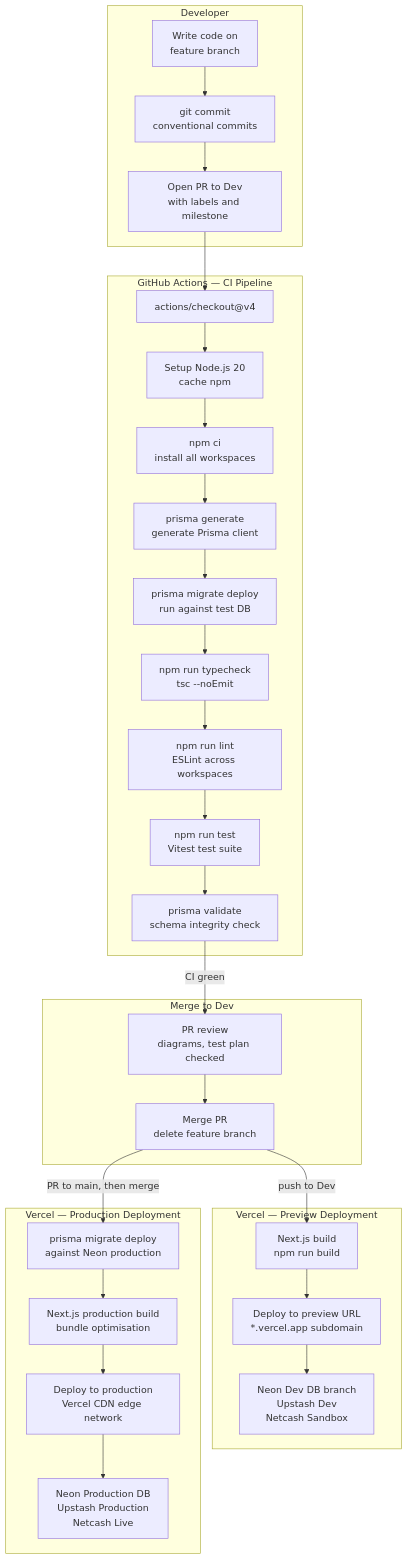
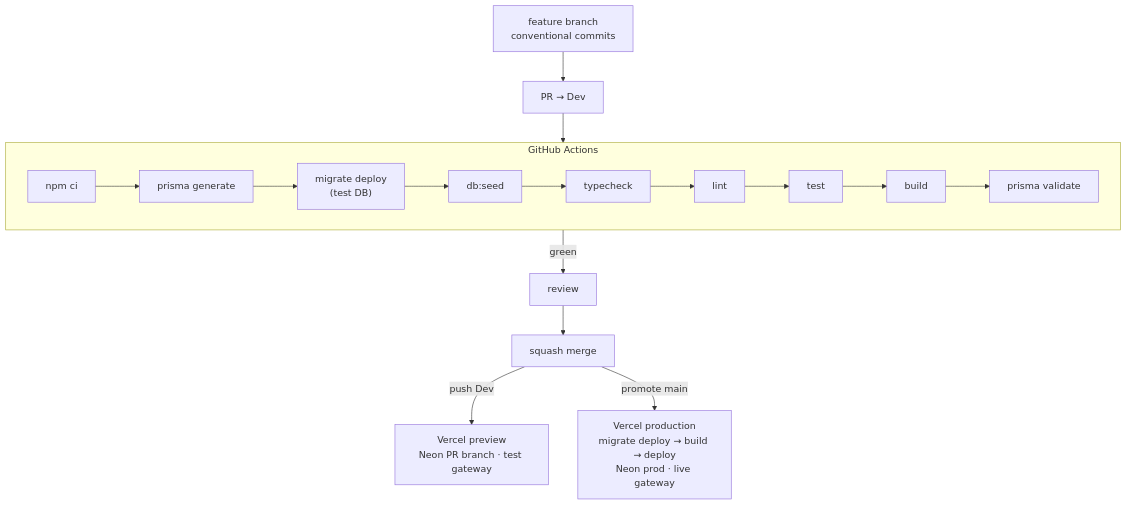
Before and after one commit to KSDRILL-SA/Xkimi-Xa-Mali: the first of 3 diagrams in docs/architecture/04-infrastructure-deployment.md, drawn with Mermaid. The commit also changed other lines of this file and 3 other files, not shown here.

First line of the commit message:
docs: tighten C4 architecture and refresh for phase-3 (#188)

````diff
--- a/docs/architecture/04-infrastructure-deployment.md
+++ b/docs/architecture/04-infrastructure-deployment.md
@@ -27,50 +19,15 @@
 ```mermaid
 flowchart TD
-    subgraph DEV["Developer"]
-        CODE["Write code on\nfeature branch"]
-        COMMIT["git commit\nconventional commits"]
-        PR["Open PR to Dev\nwith labels and milestone"]
+    DEV["feature branch<br/>conventional commits"] --> PR["PR → Dev"]
+    PR --> CI
+
+    subgraph CI["GitHub Actions"]
+        direction LR
+        INSTALL["npm ci"] --> GEN["prisma generate"] --> MIG["migrate deploy<br/>(test DB)"] --> SEED["db:seed"]
+        SEED --> TC["typecheck"] --> LINT["lint"] --> TEST["test"] --> BUILD["build"] --> VAL["prisma validate"]
     end
 
-    subgraph CI["GitHub Actions — CI Pipeline"]
-        CHECKOUT["actions/checkout@v4"]
-        NODE["Setup Node.js 20\ncache npm"]
-        INSTALL["npm ci\ninstall all workspaces"]
-        GENERATE["prisma generate\ngenerate Prisma client"]
-        MIGRATE["prisma migrate deploy\nrun against test DB"]
-        TYPECHECK["npm run typecheck\ntsc --noEmit"]
-        LINT["npm run lint\nESLint across workspaces"]
-        TEST["npm run test\nVitest test suite"]
-        VALIDATE["prisma validate\nschema integrity check"]
-    end
-
-    subgraph VERCEL_PREVIEW["Vercel — Preview Deployment"]
-        VP_BUILD["Next.js build\nnpm run build"]
-        VP_DEPLOY["Deploy to preview URL\n*.vercel.app subdomain"]
-        VP_ENV["Neon Dev DB branch\nUpstash Dev\nNetcash Sandbox"]
-    end
-
-    subgraph MERGE["Merge to Dev"]
-        REVIEW["PR review\ndiagrams, test plan checked"]
-        MERGE_BTN["Merge PR\ndelete feature branch"]
-    end
-
-    subgraph PROD["Vercel — Production Deployment"]
-        PROD_MIGRATE["prisma migrate deploy\nagainst Neon production"]
-        PROD_BUILD["Next.js production build\nbundle optimisation"]
-        PROD_DEPLOY["Deploy to production\nVercel CDN edge network"]
-        PROD_ENV["Neon Production DB\nUpstash Production\nNetcash Live"]
-    end
-
-    CODE --> COMMIT --> PR
-    PR --> CHECKOUT --> NODE --> INSTALL --> GENERATE
-    GENERATE --> MIGRATE --> TYPECHECK --> LINT --> TEST --> VALIDATE
-    VALIDATE -->|"CI green"| REVIEW
-    REVIEW --> MERGE_BTN
-
-    MERGE_BTN -->|"push to Dev"| VP_BUILD
-    VP_BUILD --> VP_DEPLOY --> VP_ENV
-
-    MERGE_BTN -->|"PR to main, then merge"| PROD_MIGRATE
-    PROD_MIGRATE --> PROD_BUILD --> PROD_DEPLOY --> PROD_ENV
+    CI -->|green| REVIEW["review"] --> MERGE["squash merge"]
+    MERGE -->|push Dev| PREV["Vercel preview<br/>Neon PR branch · test gateway"]
+    MERGE -->|promote main| PROD["Vercel production<br/>migrate deploy → build → deploy<br/>Neon prod · live gateway"]
 ```
````
